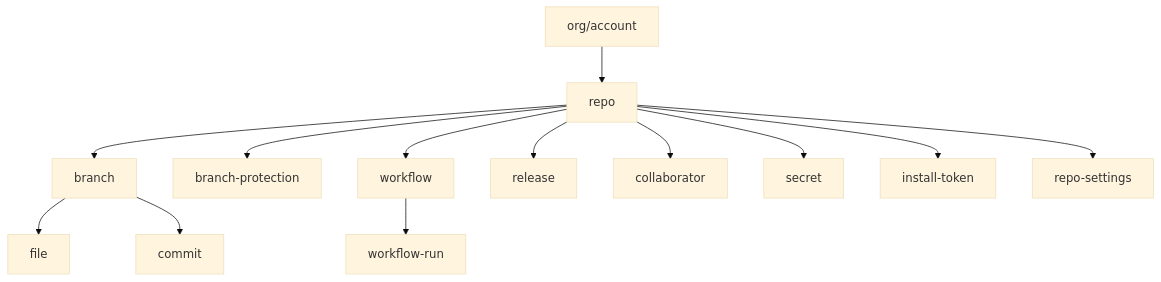
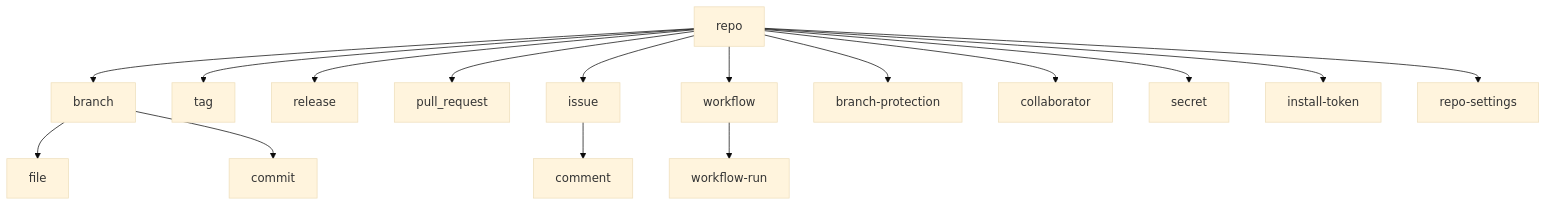
One commit to vaubaan/gateway changed the diagram in docs/spec/gateway-risk-model.md. Above: the diagram before and after it, drawn with Mermaid (base theme). The commit also changed other lines of this file and 9 other files, not shown here.

````diff
--- a/docs/spec/gateway-risk-model.md
+++ b/docs/spec/gateway-risk-model.md
@@ -125,15 +132,18 @@
 ```mermaid
 flowchart TB
-  org[org/account] --> repo[repo]
-  repo --> branch[branch]
-  branch --> file[file]
-  branch --> commit[commit]
-  repo --> branch-protection[branch-protection]
-  repo --> workflow[workflow]
-  workflow --> workflow-run[workflow-run]
-  repo --> release[release]
-  repo --> collaborator[collaborator]
-  repo --> secret[secret]
-  repo --> install-token[install-token]
-  repo --> repo-settings[repo-settings]
+  repo --> branch
+  branch --> file
+  branch --> commit
+  repo --> tag
+  repo --> release
+  repo --> pull_request
+  repo --> issue
+  issue --> comment
+  repo --> workflow
+  workflow --> workflow-run
+  repo --> branch-protection
+  repo --> collaborator
+  repo --> secret
+  repo --> install-token
+  repo --> repo-settings
 ```
````
